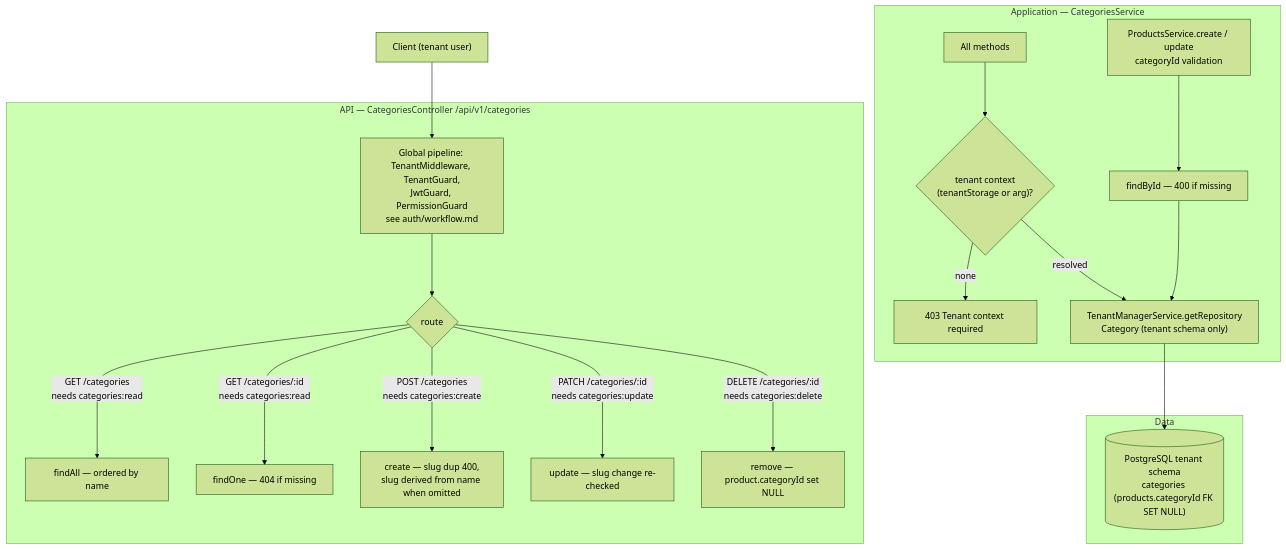
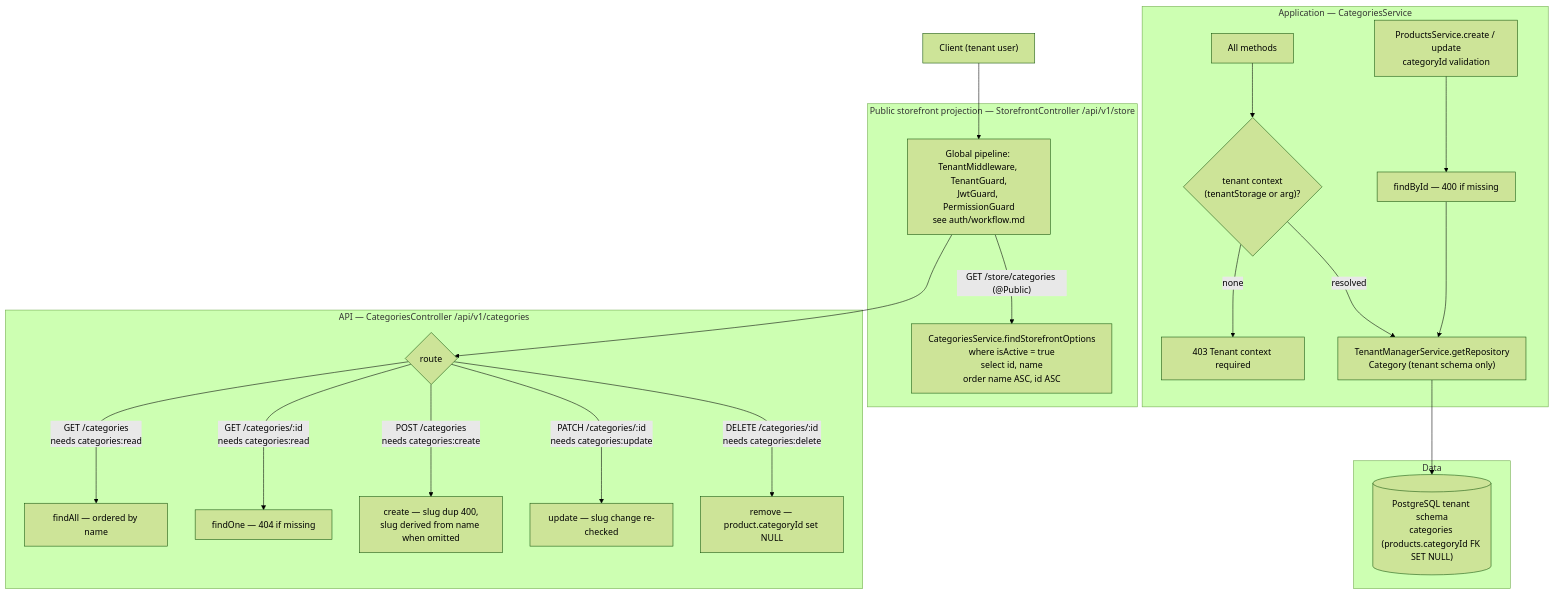
Before and after one commit to DevBassel/saas_commerce: the first of 2 diagrams in apps/api/src/modules/categories/workflow.md, drawn with Mermaid (forest theme). The commit also changed other lines of this file and 64 other files, not shown here.

````diff
--- a/apps/api/src/modules/categories/workflow.md
+++ b/apps/api/src/modules/categories/workflow.md
@@ -1,25 +1,29 @@
 ```mermaid
 flowchart TD
     Client["Client (tenant user)"] --> GUARDS["Global pipeline: TenantMiddleware, TenantGuard,<br/>JwtGuard, PermissionGuard<br/>see auth/workflow.md"]
+
+    subgraph PUBLIC["Public storefront projection — StorefrontController /api/v1/store"]
+        GUARDS -->|"GET /store/categories (@Public)"| SFO["CategoriesService.findStorefrontOptions<br/>where isActive = true<br/>select id, name<br/>order name ASC, id ASC"]
+    end
 
     subgraph API["API — CategoriesController /api/v1/categories"]
         GUARDS --> CRO{"route"}
         CRO -->|"GET /categories<br/>needs categories:read"| CFA["findAll — ordered by name"]
         CRO -->|"GET /categories/:id<br/>needs categories:read"| CFO["findOne — 404 if missing"]
         CRO -->|"POST /categories<br/>needs categories:create"| CC["create — slug dup 400,<br/>slug derived from name when omitted"]
         CRO -->|"PATCH /categories/:id<br/>needs categories:update"| CU["update — slug change re-checked"]
         CRO -->|"DELETE /categories/:id<br/>needs categories:delete"| CD["remove — product.categoryId set NULL"]
     end
 
     subgraph APP["Application — CategoriesService"]
         SVC["All methods"] --> TRT{"tenant context<br/>(tenantStorage or arg)?"}
         TRT -->|"none"| TRTE["403 Tenant context required"]
         TRT -->|"resolved"| TM["TenantManagerService.getRepository<br/>Category (tenant schema only)"]
         P["ProductsService.create / update<br/>categoryId validation"] --> FIND["findById — 400 if missing"]
         FIND --> TM
     end
 
     subgraph DATA["Data"]
         TM --> TDB[("PostgreSQL tenant schema<br/>categories (products.categoryId FK SET NULL)")]
     end
 ```
````
